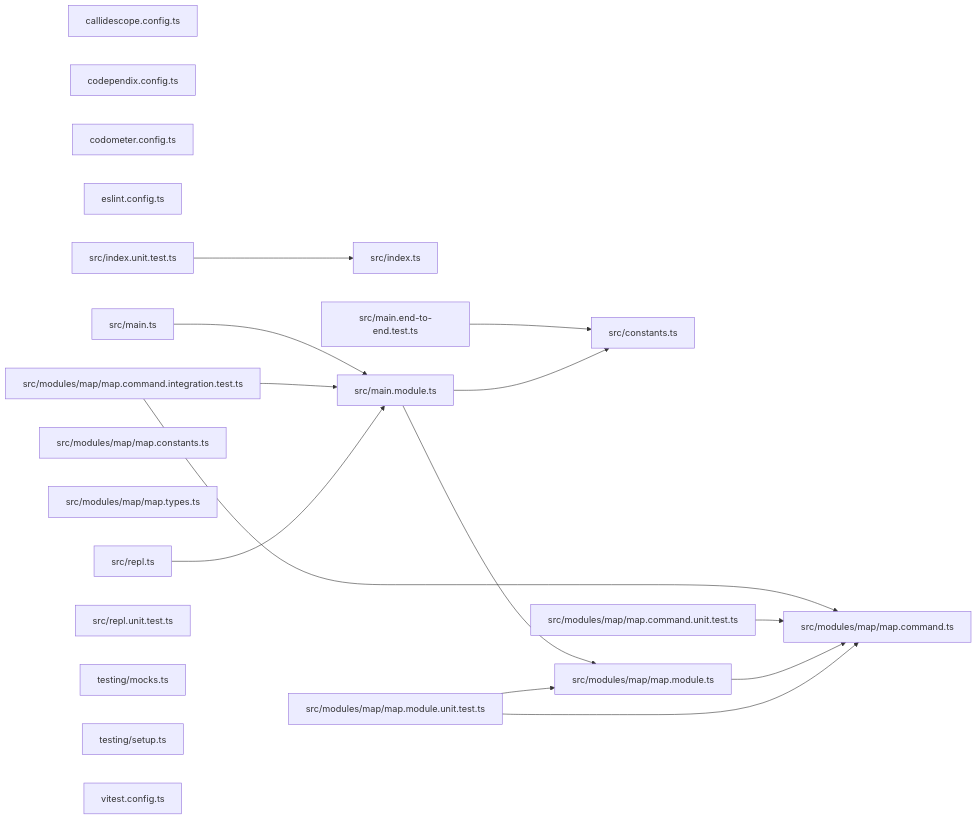
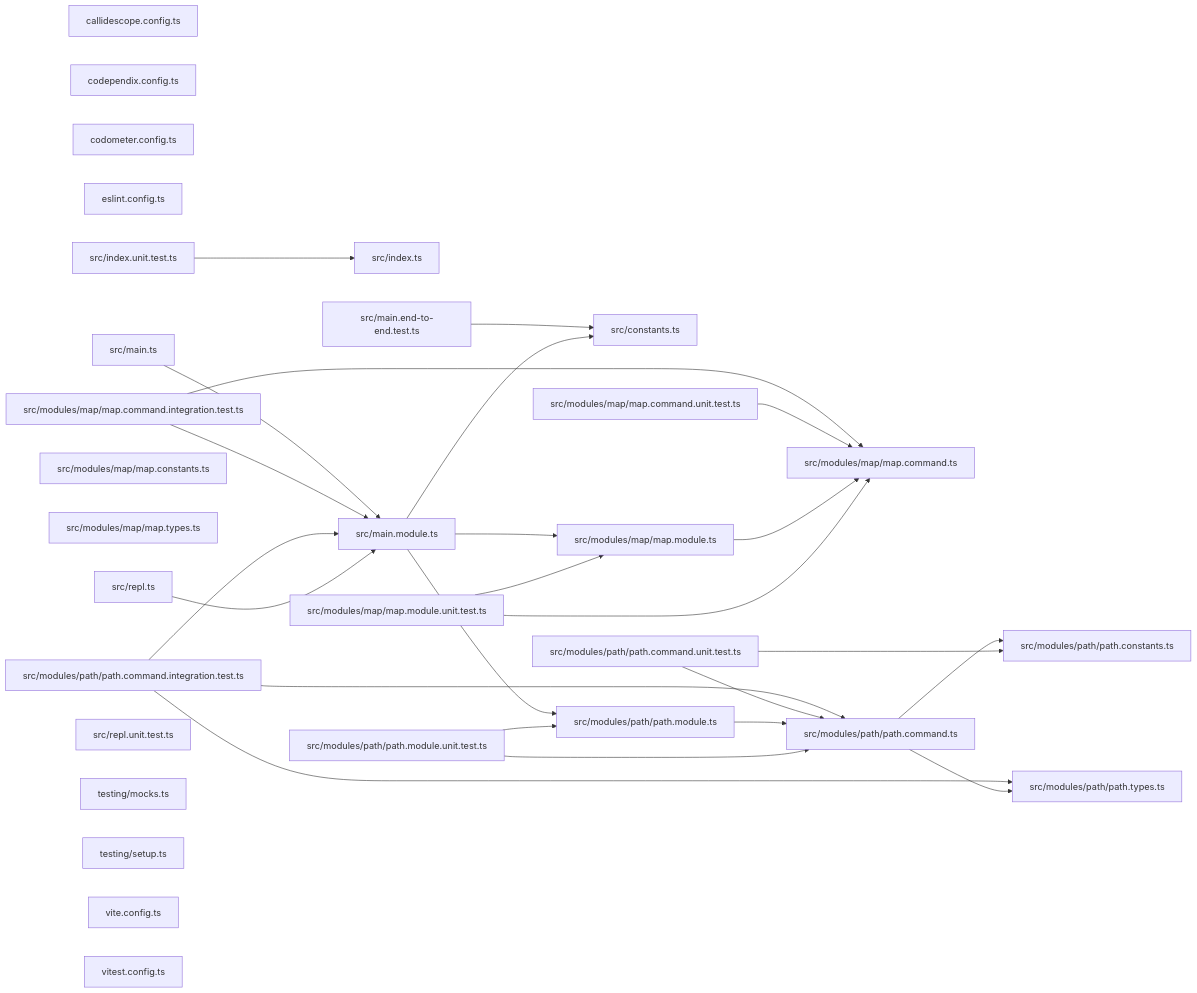
The third of 3 diagrams in packages/ic-suite/codependix/codependix-cli/README.md (JimmyPaolini/codebase), drawn with Mermaid before and after one commit. The commit also changed other lines of this file and 88 other files, not shown here.

````diff
--- a/packages/ic-suite/codependix/codependix-cli/README.md
+++ b/packages/ic-suite/codependix/codependix-cli/README.md
@@ -285,37 +299,56 @@
 ```mermaid
 graph LR
   file_callidescope_config_ts["callidescope.config.ts"]
   file_codependix_config_ts["codependix.config.ts"]
   file_codometer_config_ts["codometer.config.ts"]
   file_eslint_config_ts["eslint.config.ts"]
   file_src_constants_ts["src/constants.ts"]
   file_src_index_ts["src/index.ts"]
   file_src_index_unit_test_ts["src/index.unit.test.ts"]
   file_src_main_end_to_end_test_ts["src/main.end-to-end.test.ts"]
   file_src_main_module_ts["src/main.module.ts"]
   file_src_main_ts["src/main.ts"]
   file_src_modules_map_map_command_integration_test_ts["src/modules/map/map.command.integration.test.ts"]
   file_src_modules_map_map_command_ts["src/modules/map/map.command.ts"]
   file_src_modules_map_map_command_unit_test_ts["src/modules/map/map.command.unit.test.ts"]
   file_src_modules_map_map_constants_ts["src/modules/map/map.constants.ts"]
   file_src_modules_map_map_module_ts["src/modules/map/map.module.ts"]
   file_src_modules_map_map_module_unit_test_ts["src/modules/map/map.module.unit.test.ts"]
   file_src_modules_map_map_types_ts["src/modules/map/map.types.ts"]
+  file_src_modules_path_path_command_integration_test_ts["src/modules/path/path.command.integration.test.ts"]
+  file_src_modules_path_path_command_ts["src/modules/path/path.command.ts"]
+  file_src_modules_path_path_command_unit_test_ts["src/modules/path/path.command.unit.test.ts"]
+  file_src_modules_path_path_constants_ts["src/modules/path/path.constants.ts"]
+  file_src_modules_path_path_module_ts["src/modules/path/path.module.ts"]
+  file_src_modules_path_path_module_unit_test_ts["src/modules/path/path.module.unit.test.ts"]
+  file_src_modules_path_path_types_ts["src/modules/path/path.types.ts"]
   file_src_repl_ts["src/repl.ts"]
   file_src_repl_unit_test_ts["src/repl.unit.test.ts"]
   file_testing_mocks_ts["testing/mocks.ts"]
   file_testing_setup_ts["testing/setup.ts"]
+  file_vite_config_ts["vite.config.ts"]
   file_vitest_config_ts["vitest.config.ts"]
   file_src_index_unit_test_ts --> file_src_index_ts
   file_src_main_end_to_end_test_ts --> file_src_constants_ts
   file_src_main_module_ts --> file_src_constants_ts
   file_src_main_module_ts --> file_src_modules_map_map_module_ts
+  file_src_main_module_ts --> file_src_modules_path_path_module_ts
   file_src_main_ts --> file_src_main_module_ts
   file_src_modules_map_map_command_integration_test_ts --> file_src_main_module_ts
   file_src_modules_map_map_command_integration_test_ts --> file_src_modules_map_map_command_ts
   file_src_modules_map_map_command_unit_test_ts --> file_src_modules_map_map_command_ts
   file_src_modules_map_map_module_ts --> file_src_modules_map_map_command_ts
   file_src_modules_map_map_module_unit_test_ts --> file_src_modules_map_map_command_ts
   file_src_modules_map_map_module_unit_test_ts --> file_src_modules_map_map_module_ts
+  file_src_modules_path_path_command_integration_test_ts --> file_src_main_module_ts
+  file_src_modules_path_path_command_integration_test_ts --> file_src_modules_path_path_command_ts
+  file_src_modules_path_path_command_integration_test_ts --> file_src_modules_path_path_types_ts
+  file_src_modules_path_path_command_ts --> file_src_modules_path_path_constants_ts
+  file_src_modules_path_path_command_ts --> file_src_modules_path_path_types_ts
+  file_src_modules_path_path_command_unit_test_ts --> file_src_modules_path_path_command_ts
+  file_src_modules_path_path_command_unit_test_ts --> file_src_modules_path_path_constants_ts
+  file_src_modules_path_path_module_ts --> file_src_modules_path_path_command_ts
+  file_src_modules_path_path_module_unit_test_ts --> file_src_modules_path_path_command_ts
+  file_src_modules_path_path_module_unit_test_ts --> file_src_modules_path_path_module_ts
   file_src_repl_ts --> file_src_main_module_ts
 ```
````
